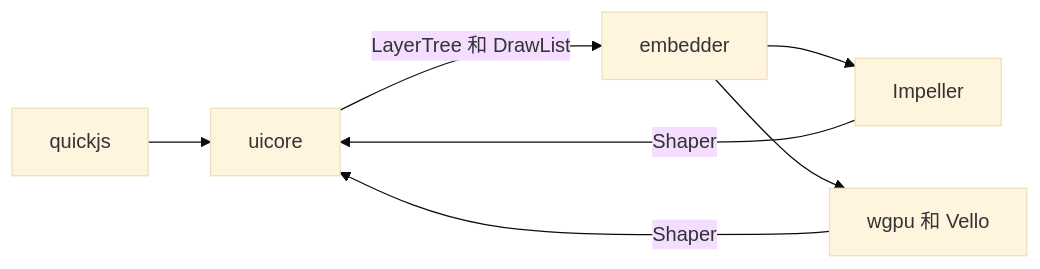
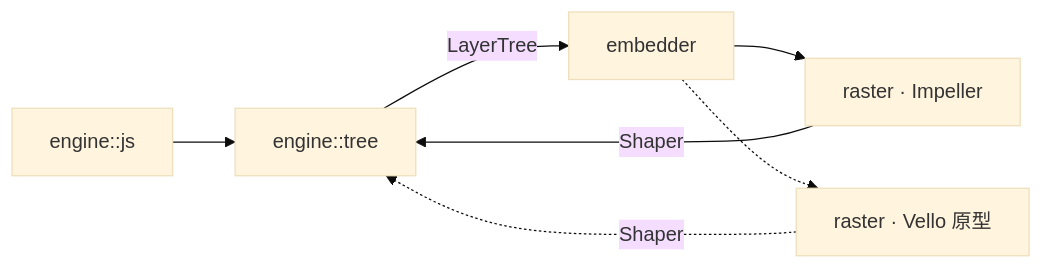
The diagram in docs/rendering-design.md (peterich-rs/Impasto), drawn with Mermaid (base theme) before and after one commit. The commit also changed other lines of this file and 376 other files, not shown here.

Commit message:
refactor: Refactor UI engine and raster backend, remove scene opcodes (#29)

````diff
--- a/docs/rendering-design.md
+++ b/docs/rendering-design.md
@@ -7,9 +7,9 @@
 ```mermaid
 flowchart LR
-    Q[quickjs] --> U[uicore]
-    U -->|LayerTree 和 DrawList| S[embedder]
-    S --> I[Impeller]
-    S --> W[wgpu 和 Vello]
-    I -->|Shaper| U
-    W -->|Shaper| U
+    JS["engine::js"] --> T["engine::tree"]
+    T -->|LayerTree| E["embedder"]
+    E --> I["raster · Impeller"]
+    I -->|Shaper| T
+    E -.-> V["raster · Vello 原型"]
+    V -.->|Shaper| T
 ```
````
